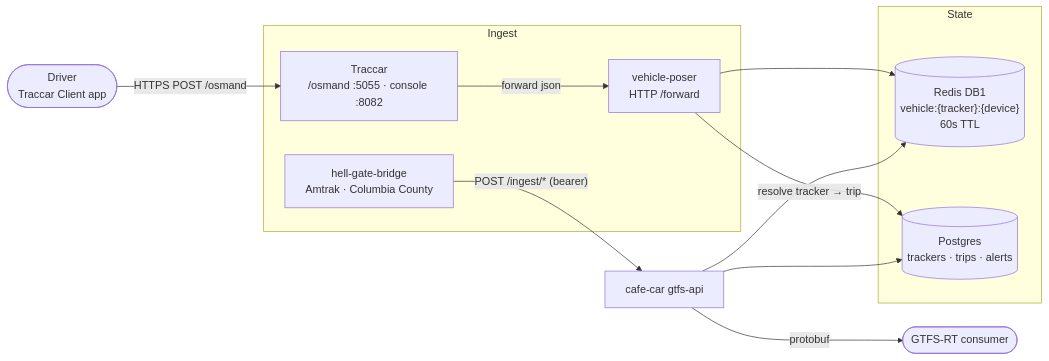
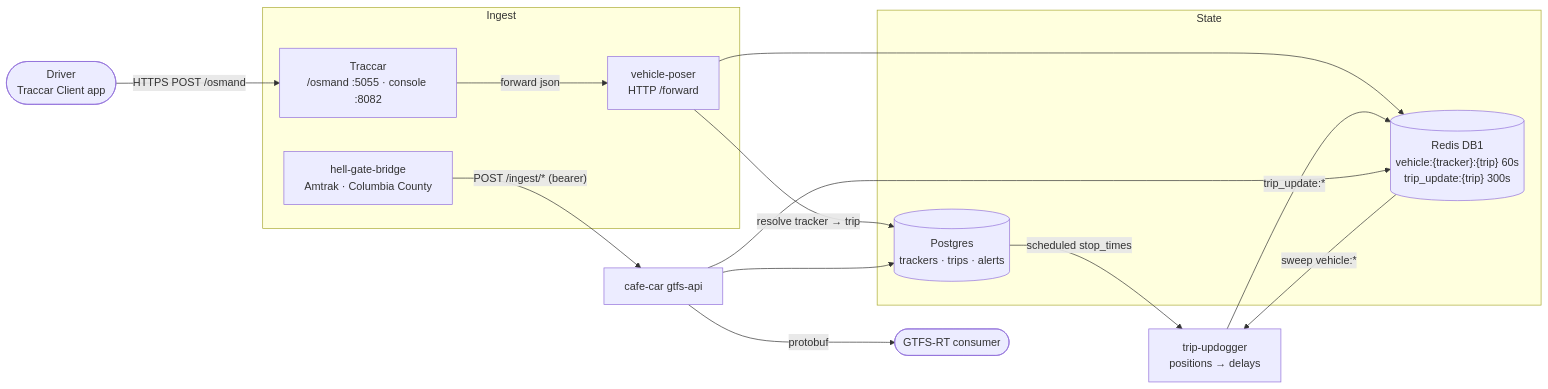
The sixth of 7 diagrams in README.md (gtfs-zone/deploy-gtfs-rt), drawn with Mermaid before and after one commit. The commit also changed other lines of this file and 1 other file, not shown here.

First line of the commit message:
docs: remove the Dex leftovers and add trip-updogger

````diff
--- a/README.md
+++ b/README.md
@@ -348,27 +385,31 @@
 ```mermaid
 flowchart LR
     driver(["Driver<br>Traccar Client app"])
 
     subgraph ingest["Ingest"]
         traccar["Traccar<br>/osmand :5055 · console :8082"]
         vp["vehicle-poser<br>HTTP /forward"]
         hgb["hell-gate-bridge<br>Amtrak · Columbia County"]
     end
 
     subgraph store["State"]
-        redis[("Redis DB1<br>vehicle:{tracker}:{device}<br>60s TTL")]
+        redis[("Redis DB1<br>vehicle:{tracker}:{trip} 60s<br>trip_update:{trip} 300s")]
         pg[("Postgres<br>trackers · trips · alerts")]
     end
 
+    tu["trip-updogger<br>positions → delays"]
     api["cafe-car gtfs-api"]
     consumer(["GTFS-RT consumer"])
 
     driver -->|"HTTPS POST /osmand"| traccar
     traccar -->|"forward json"| vp
     vp -->|"resolve tracker → trip"| pg
     vp --> redis
+    redis -->|"sweep vehicle:*"| tu
+    pg -->|"scheduled stop_times"| tu
+    tu -->|"trip_update:*"| redis
     hgb -->|"POST /ingest/* (bearer)"| api
     api --> redis
     api --> pg
     api -->|"protobuf"| consumer
 ```
````
